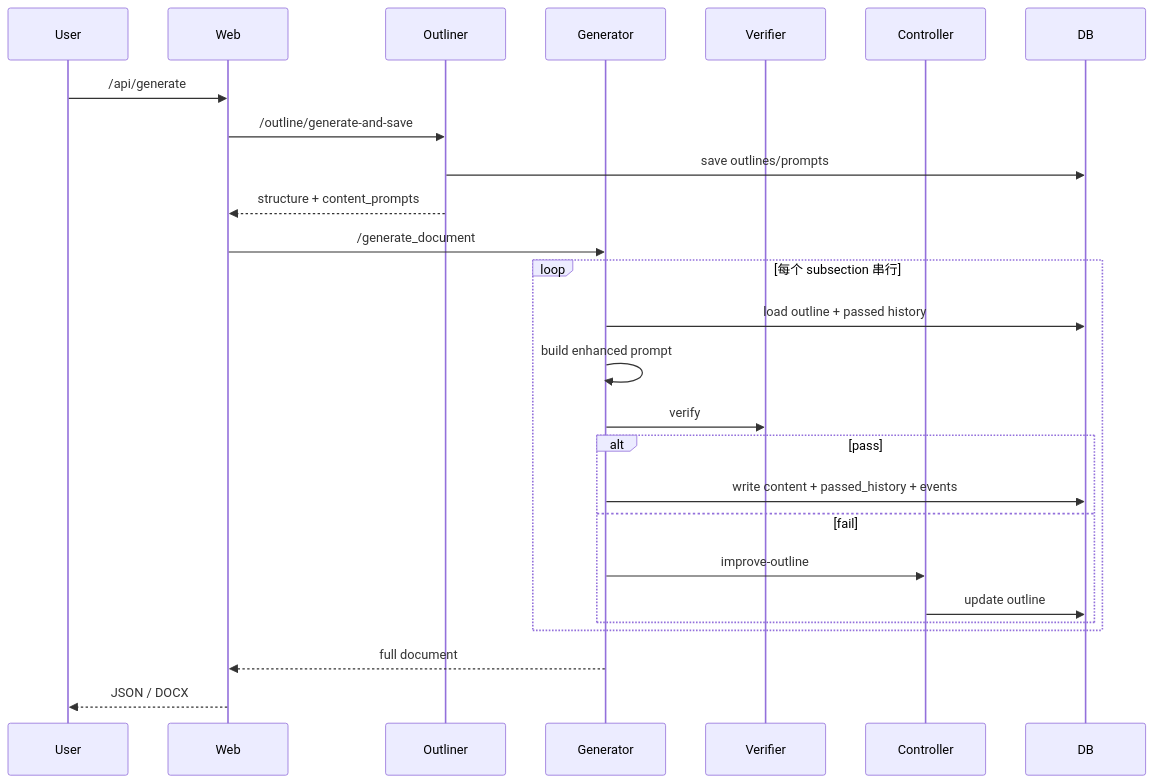
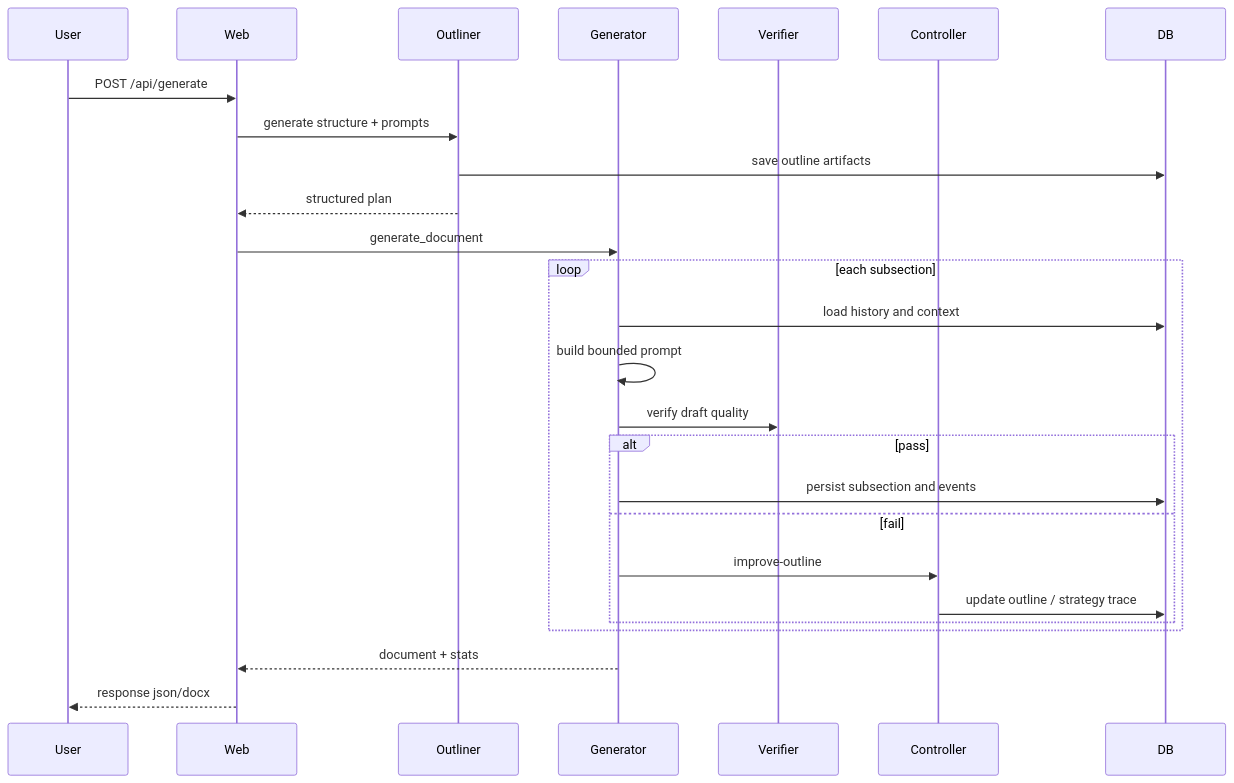
Before and after one commit to WANG-Siqi547/flowernet-agent: the second of 2 diagrams in README.md, drawn with Mermaid. The commit also changed other lines of this file and 40 other files, not shown here.

````diff
--- a/README.md
+++ b/README.md
@@ -46,31 +57,31 @@
 ```mermaid
 sequenceDiagram
     participant User
     participant Web
     participant Outliner
     participant Generator
     participant Verifier
     participant Controller
     participant DB
 
-    User->>Web: /api/generate
-    Web->>Outliner: /outline/generate-and-save
-    Outliner->>DB: save outlines/prompts
-    Outliner-->>Web: structure + content_prompts
+    User->>Web: POST /api/generate
+    Web->>Outliner: generate structure + prompts
+    Outliner->>DB: save outline artifacts
+    Outliner-->>Web: structured plan
 
-    Web->>Generator: /generate_document
-    loop 每个 subsection 串行
-        Generator->>DB: load outline + passed history
-        Generator->>Generator: build enhanced prompt
-        Generator->>Verifier: verify
+    Web->>Generator: generate_document
+    loop each subsection
+        Generator->>DB: load history and context
+        Generator->>Generator: build bounded prompt
+        Generator->>Verifier: verify draft quality
         alt pass
-            Generator->>DB: write content + passed_history + events
+            Generator->>DB: persist subsection and events
         else fail
             Generator->>Controller: improve-outline
-            Controller->>DB: update outline
+            Controller->>DB: update outline / strategy trace
         end
     end
 
-    Generator-->>Web: full document
-    Web-->>User: JSON / DOCX
+    Generator-->>Web: document + stats
+    Web-->>User: response json/docx
 ```
````
